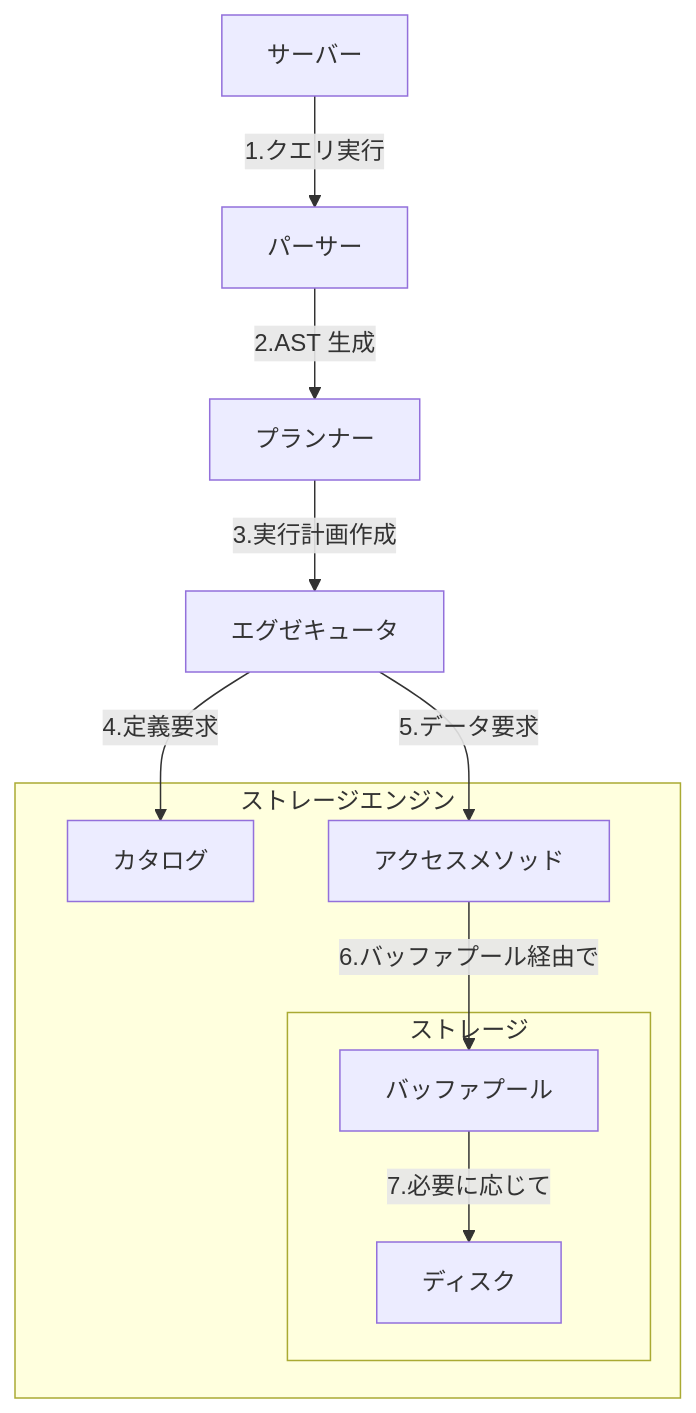
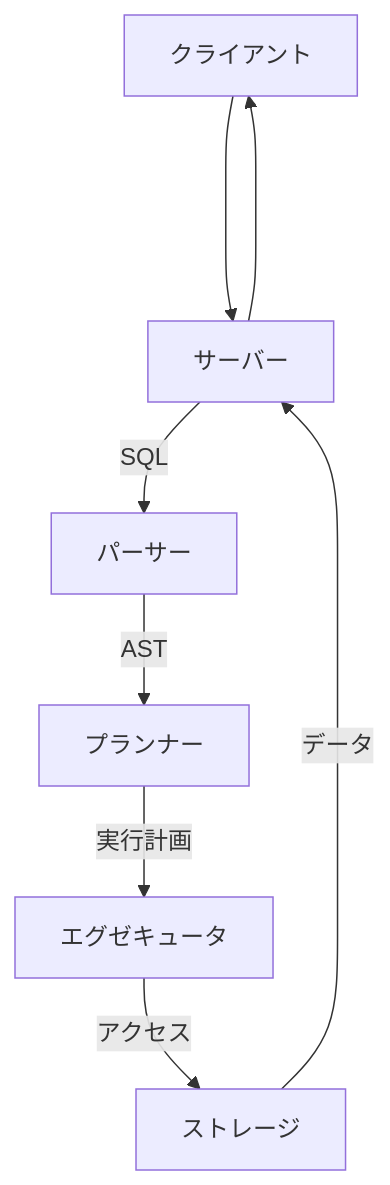
Before and after one commit to ren-yamanashi/minesql: the diagram in docs/architecture/overview.md, drawn with Mermaid. The commit also changed 60 other files, not shown here.

````diff
--- a/docs/architecture/overview.md
+++ b/docs/architecture/overview.md
@@ -16,26 +16,19 @@
 ```mermaid
 graph TD
+    client[クライアント]
+
     server[サーバー]
     parser[パーサー]
     planner[プランナー]
     executor[エグゼキュータ]
+    storage[ストレージ]
 
-    server --1.クエリ実行--> parser
-    parser --2.AST 生成--> planner
-    planner --3.実行計画作成--> executor
-    executor --4.定義要求--> catalog
-    executor --5.データ要求--> access
-    access --6.バッファプール経由で--> bufferpool
+    client ----> server
+    server ----> client
 
-    subgraph storageEngine[ストレージエンジン]
-        catalog[カタログ]
-        access[アクセスメソッド]
-
-        subgraph storage[ストレージ]
-            bufferpool[バッファプール]
-            disk[ディスク]
-
-            bufferpool --7.必要に応じて--> disk
-        end
-    end
+    server --SQL--> parser
+    parser --AST--> planner
+    planner --実行計画--> executor
+    executor --アクセス--> storage
+    storage --データ--> server
 ```
````
